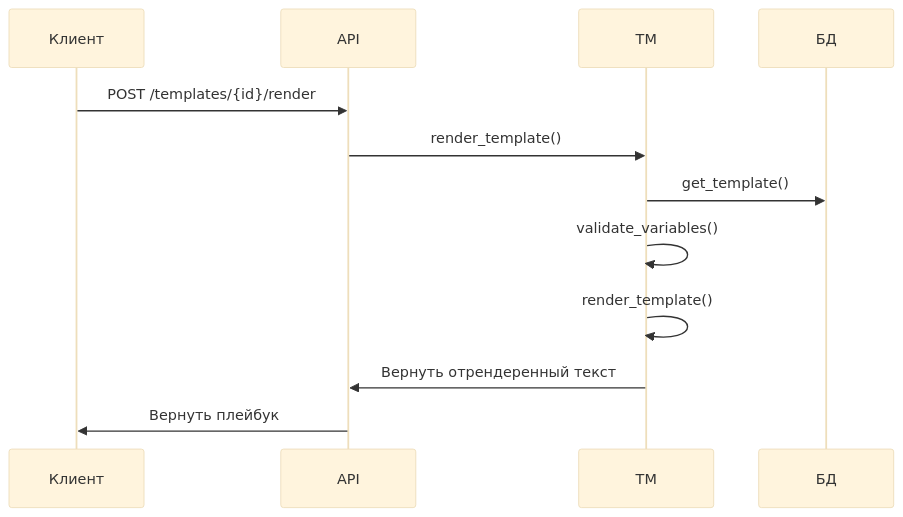
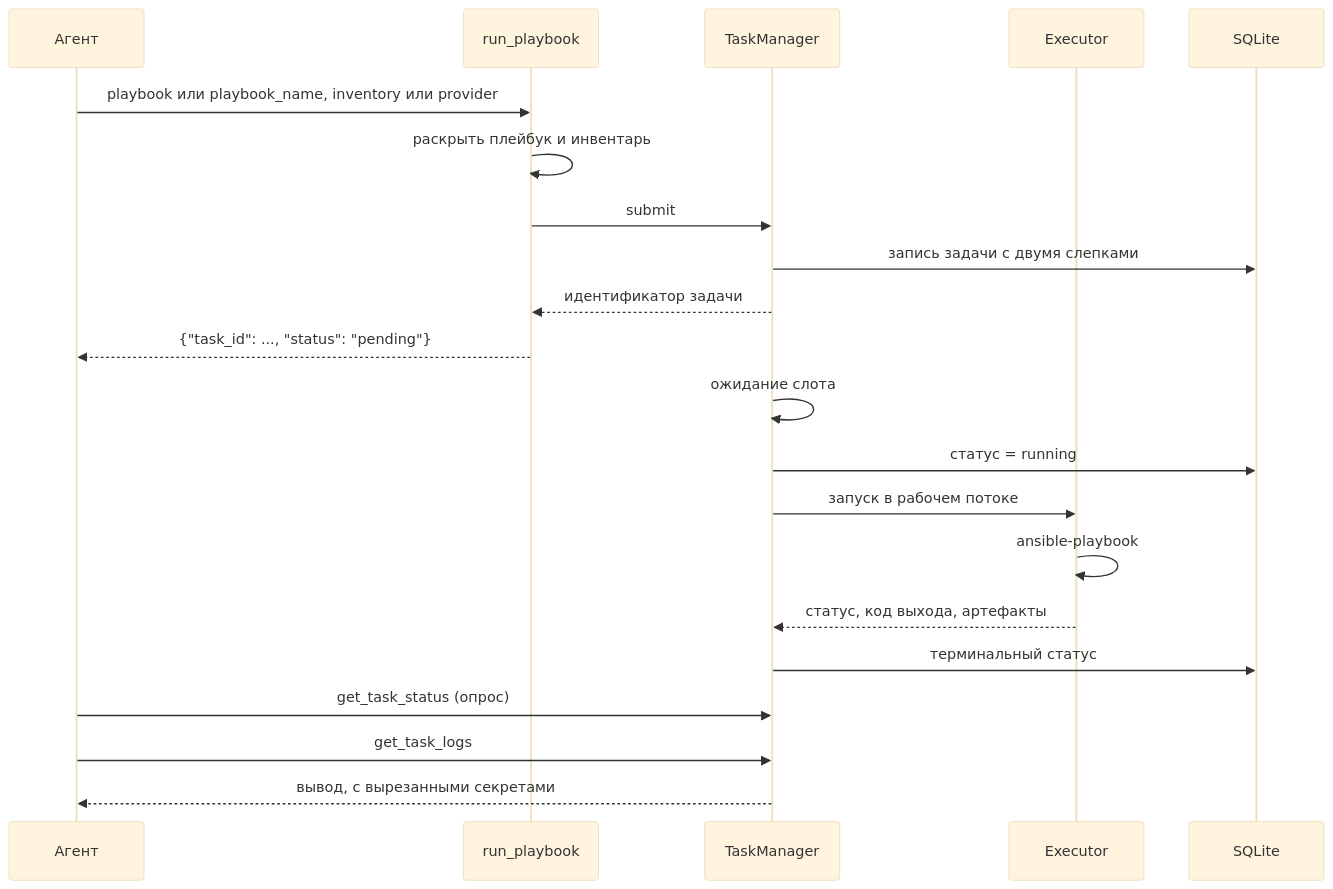
The second of 2 diagrams in docs/ru/architecture.md (ppavlovrus/simple_ansible_controller), drawn with Mermaid (base theme) before and after one commit. The commit also changed other lines of this file and 21 other files, not shown here.

````diff
--- a/docs/ru/architecture.md
+++ b/docs/ru/architecture.md
@@ -174,15 +103,26 @@
 ```mermaid
 sequenceDiagram
-    participant Клиент
-    participant API
-    participant TM
-    participant БД
+    participant Агент
+    participant Инструмент as run_playbook
+    participant TM as TaskManager
+    participant Exec as Executor
+    participant БД as SQLite
 
-    Клиент->>API: POST /templates/{id}/render
-    API->>TM: render_template()
-    TM->>БД: get_template()
-    TM->>TM: validate_variables()
-    TM->>TM: render_template()
-    TM->>API: Вернуть отрендеренный текст
-    API->>Клиент: Вернуть плейбук
+    Агент->>Инструмент: playbook или playbook_name, inventory или provider
+    Инструмент->>Инструмент: раскрыть плейбук и инвентарь
+    Инструмент->>TM: submit
+    TM->>БД: запись задачи с двумя слепками
+    TM-->>Инструмент: идентификатор задачи
+    Инструмент-->>Агент: {"task_id": ..., "status": "pending"}
+
+    TM->>TM: ожидание слота
+    TM->>БД: статус = running
+    TM->>Exec: запуск в рабочем потоке
+    Exec->>Exec: ansible-playbook
+    Exec-->>TM: статус, код выхода, артефакты
+    TM->>БД: терминальный статус
+
+    Агент->>TM: get_task_status (опрос)
+    Агент->>TM: get_task_logs
+    TM-->>Агент: вывод, с вырезанными секретами
 ```
````
